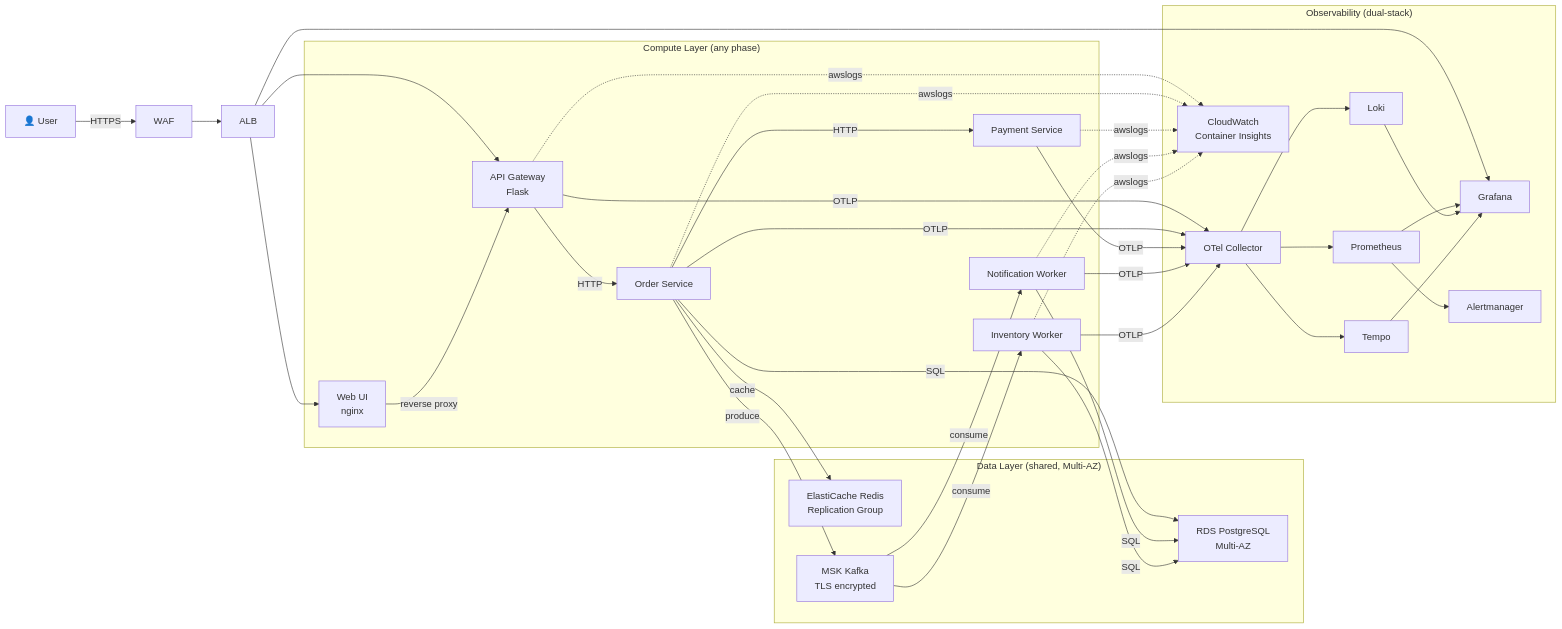
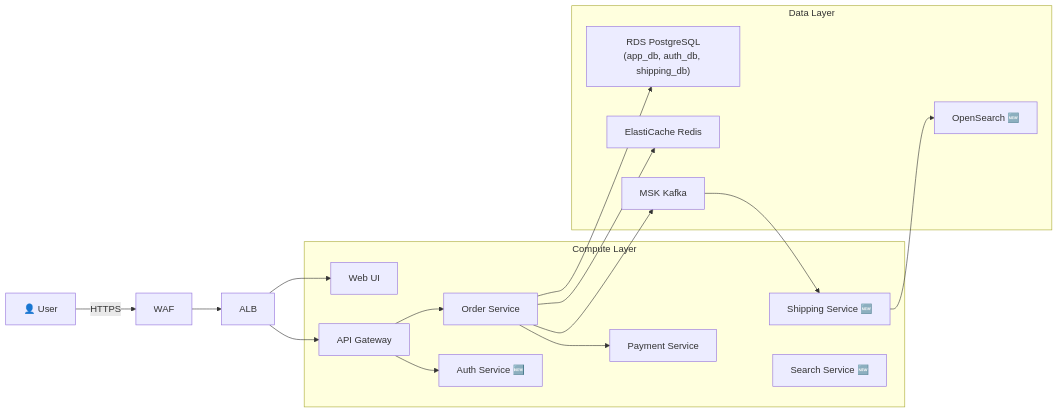
The fourth of 6 diagrams in terraform/ARCHITECTURE.md (Mark-Zagob/observability-sample-v2), drawn with Mermaid before and after one commit. The commit also changed other lines of this file and 3 other files, not shown here.

````diff
--- a/terraform/ARCHITECTURE.md
+++ b/terraform/ARCHITECTURE.md
@@ -197,48 +180,29 @@
 ```mermaid
 graph LR
-    USER["👤 User"] -->|HTTPS| WAF["WAF"] --> ALB["ALB"]
+    USER["👤 User"] -->|HTTPS| WAF --> ALB
 
-    subgraph COMPUTE["Compute Layer (any phase)"]
-        UI["Web UI<br/>nginx"]
-        GW["API Gateway<br/>Flask"]
+    subgraph COMPUTE["Compute Layer"]
+        UI["Web UI"]
+        GW["API Gateway"]
         OS["Order Service"]
         PS["Payment Service"]
-        NW["Notification Worker"]
-        IW["Inventory Worker"]
+        AUTH["Auth Service 🆕"]
+        SS["Shipping Service 🆕"]
+        SEARCH["Search Service 🆕"]
     end
 
-    subgraph DATA["Data Layer (shared, Multi-AZ)"]
-        PG["RDS PostgreSQL<br/>Multi-AZ"]
-        RD["ElastiCache Redis<br/>Replication Group"]
-        KF["MSK Kafka<br/>TLS encrypted"]
+    subgraph DATA["Data Layer"]
+        PG["RDS PostgreSQL<br/>(app_db, auth_db, shipping_db)"]
+        RD["ElastiCache Redis"]
+        KF["MSK Kafka"]
+        OS2["OpenSearch 🆕"]
     end
 
-    ALB --> UI & GW & GRAF
-
-    UI -->|"reverse proxy"| GW
-    GW -->|HTTP| OS
-    OS -->|HTTP| PS
-    OS -->|SQL| PG
-    OS -->|cache| RD
-    OS -->|produce| KF
-    KF -->|consume| NW
-    KF -->|consume| IW
-    NW -->|SQL| PG
-    IW -->|SQL| PG
-
-    subgraph OBS["Observability (dual-stack)"]
-        OTEL["OTel Collector"]
-        PROM["Prometheus"]
-        LOKI["Loki"]
-        TEMPO["Tempo"]
-        GRAF["Grafana"]
-        AM["Alertmanager"]
-        CW2["CloudWatch<br/>Container Insights"]
-    end
-
-    GW & OS & PS & NW & IW -->|"OTLP"| OTEL
-    OTEL --> PROM & LOKI & TEMPO
-    PROM & LOKI & TEMPO --> GRAF
-    PROM --> AM
-    GW & OS & PS & NW & IW -.->|"awslogs"| CW2
+    ALB --> UI & GW
+    GW --> AUTH
+    GW --> OS
+    OS --> PS
+    OS --> PG & RD & KF
+    KF --> SS
+    SS --> OS2
 ```
````
